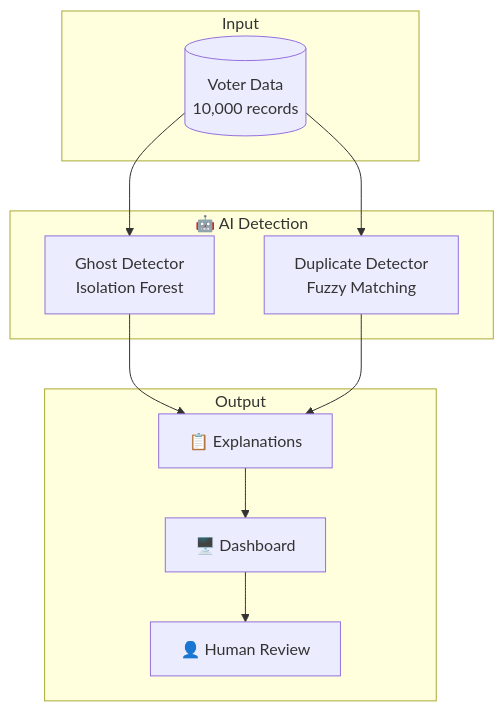
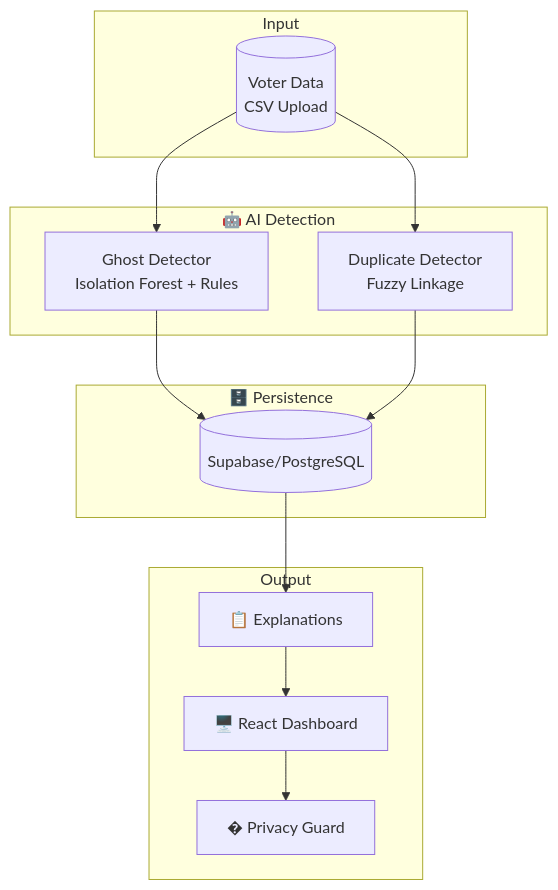
One commit to jayadevameravanige/VEXORA-26_Algo_Titans changed the second of 2 diagrams in docs/IMPLEMENTATION_PLAN.md. Above: the diagram before and after it, drawn with Mermaid. The commit also changed other lines of this file and 4 other files, not shown here.

````diff
--- a/docs/IMPLEMENTATION_PLAN.md
+++ b/docs/IMPLEMENTATION_PLAN.md
@@ -27,22 +27,27 @@
 ```mermaid
 flowchart TB
     subgraph Input
-        DATA[(Voter Data\n10,000 records)]
+        DATA[(Voter Data\nCSV Upload)]
     end
     
     subgraph AI["🤖 AI Detection"]
-        GD[Ghost Detector\nIsolation Forest]
-        DD[Duplicate Detector\nFuzzy Matching]
+        GD[Ghost Detector\nIsolation Forest + Rules]
+        DD[Duplicate Detector\nFuzzy Linkage]
     end
     
+    subgraph DB["🗄️ Persistence"]
+        PG[(Supabase/PostgreSQL)]
+    end
+
     subgraph Output
         EXP[📋 Explanations]
-        DASH[🖥️ Dashboard]
-        REV[👤 Human Review]
+        DASH[🖥️ React Dashboard]
+        GUARD[�️ Privacy Guard]
     end
     
     DATA --> GD & DD
-    GD --> EXP
-    DD --> EXP
-    EXP --> DASH --> REV
+    GD & DD --> PG
+    PG --> EXP
+    EXP --> DASH
+    DASH --> GUARD
 ```
````
